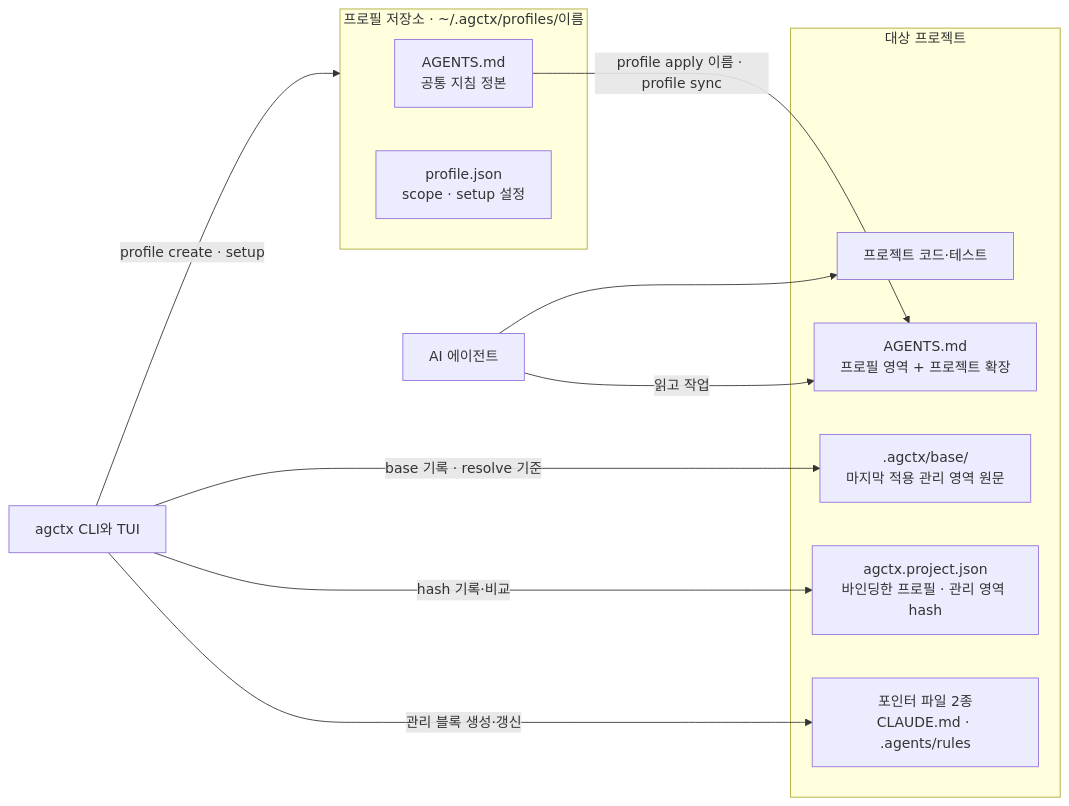
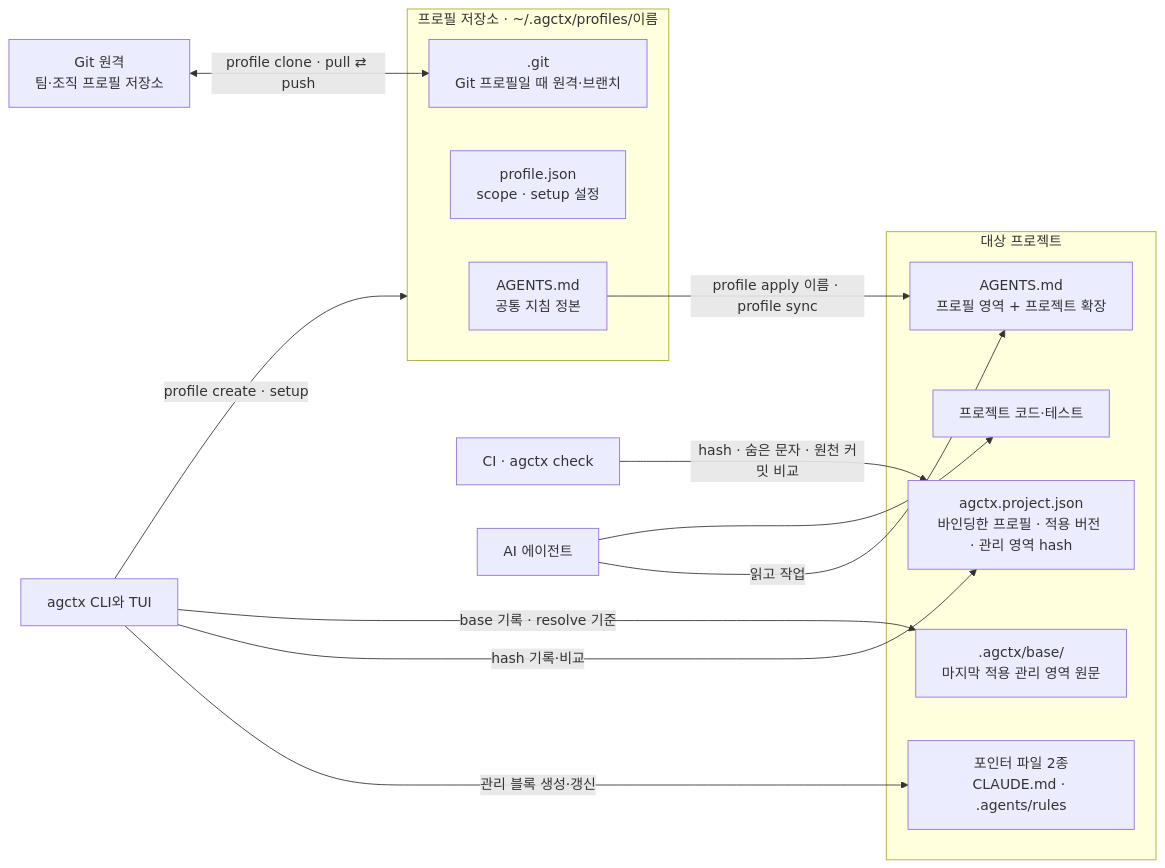
Before and after one commit to IsthisLee/agent-context-manager: the diagram in docs/architecture/README.md, drawn with Mermaid. The commit also changed other lines of this file and 60 other files, not shown here.

First line of the commit message:
feat: 명령 계약과 Git 프로필 공유·적용 버전 기록·check를 추가한다

````diff
--- a/docs/architecture/README.md
+++ b/docs/architecture/README.md
@@ -12,21 +12,25 @@
 ```mermaid
 flowchart LR
+  REMOTE["Git 원격<br/>팀·조직 프로필 저장소"]
   subgraph HOME["프로필 저장소 · ~/.agctx/profiles/이름"]
     PAGENTS["AGENTS.md<br/>공통 지침 정본"]
     PMETA["profile.json<br/>scope · setup 설정"]
+    PGIT[".git<br/>Git 프로필일 때 원격·브랜치"]
   end
   subgraph PROJECT["대상 프로젝트"]
     JAGENTS["AGENTS.md<br/>프로필 영역 + 프로젝트 확장"]
-    JCONFIG["agctx.project.json<br/>바인딩한 프로필 · 관리 영역 hash"]
+    JCONFIG["agctx.project.json<br/>바인딩한 프로필 · 적용 버전 · 관리 영역 hash"]
     JPOINTER["포인터 파일 2종<br/>CLAUDE.md · .agents/rules"]
     JBASE[".agctx/base/<br/>마지막 적용 관리 영역 원문"]
     CODE["프로젝트 코드·테스트"]
   end
   CLI["agctx CLI와 TUI"] -->|"profile create · setup"| HOME
   PAGENTS -->|"profile apply 이름 · profile sync"| JAGENTS
   CLI -->|"관리 블록 생성·갱신"| JPOINTER
   CLI -->|"hash 기록·비교"| JCONFIG
   CLI -->|"base 기록 · resolve 기준"| JBASE
+  REMOTE <-->|"profile clone · pull ⇄ push"| PGIT
+  CI["CI · agctx check"] -->|"hash · 숨은 문자 · 원천 커밋 비교"| JCONFIG
   AGENT["AI 에이전트"] -->|"읽고 작업"| JAGENTS
   AGENT --> CODE
 ```
````
